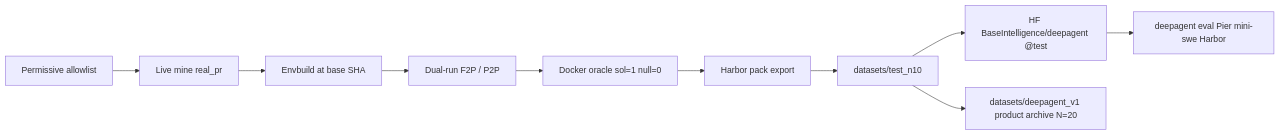
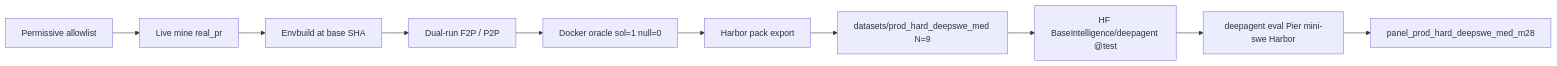
The diagram in deepagent/README.md (BaseIntelligence/deepagent), drawn with Mermaid before and after one commit. The commit also changed other lines of this file and 1 other file, not shown here.

First line of the commit message:
docs(deepagent): m29b README N=9 product + env proxy placeholders

````diff
--- a/deepagent/README.md
+++ b/deepagent/README.md
@@ -164,12 +247,12 @@
 ```mermaid
 flowchart LR
   Allow[Permissive allowlist] --> Mine[Live mine real_pr]
   Mine --> Env[Envbuild at base SHA]
   Env --> Label[Dual-run F2P / P2P]
   Label --> Oracle[Docker oracle sol=1 null=0]
   Oracle --> Export[Harbor pack export]
-  Export --> Wave[datasets/test_n10]
-  Wave --> HF[HF BaseIntelligence/deepagent @test]
+  Export --> Product[datasets/prod_hard_deepswe_med N=9]
+  Product --> HF[HF BaseIntelligence/deepagent @test]
   HF --> Eval[deepagent eval Pier mini-swe Harbor]
-  Wave --> Product[datasets/deepagent_v1 product archive N=20]
+  Eval --> Board[panel_prod_hard_deepswe_med_m28]
 ```
````
